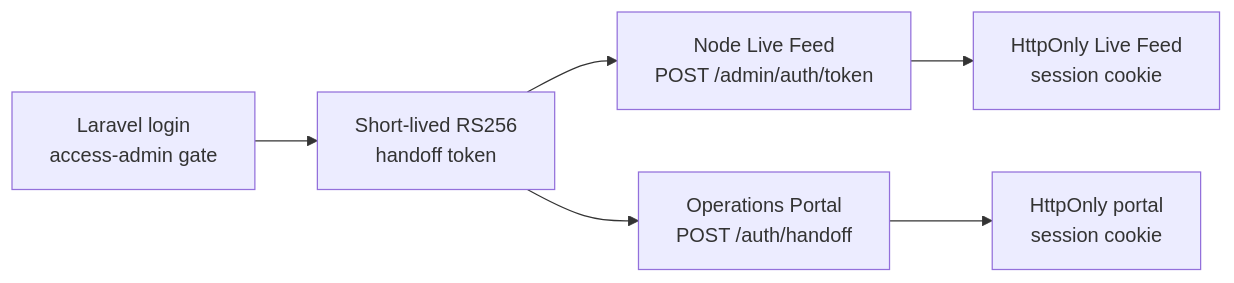
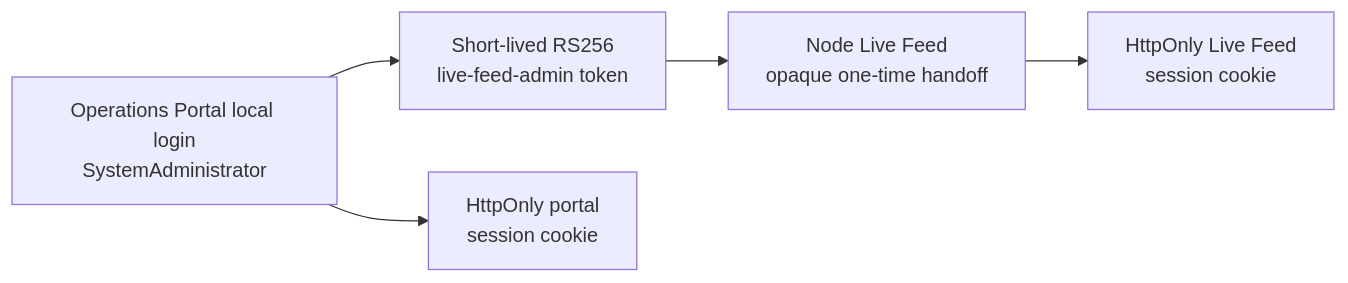
One commit to pancakebaker/distributed-bidding-auction-platform changed the fourth of 4 diagrams in docs/architecture.md. Above: the diagram before and after it, drawn with Mermaid. The commit also changed other lines of this file and 43 other files, not shown here.

Commit message:
Remove legacy Laravel system admin handoff

````diff
--- a/docs/architecture.md
+++ b/docs/architecture.md
@@ -87,8 +87,7 @@
 ```mermaid
 flowchart LR
-    L[Laravel login<br/>access-admin gate] --> T[Short-lived RS256<br/>handoff token]
-    T --> N[Node Live Feed<br/>POST /admin/auth/token]
+    L[Operations Portal local login<br/>SystemAdministrator] --> T[Short-lived RS256<br/>live-feed-admin token]
+    T --> N[Node Live Feed<br/>opaque one-time handoff]
     N --> NC[HttpOnly Live Feed<br/>session cookie]
-    T --> A[Operations Portal<br/>POST /auth/handoff]
-    A --> AC[HttpOnly portal<br/>session cookie]
+    L --> AC[HttpOnly portal<br/>session cookie]
 ```
````
